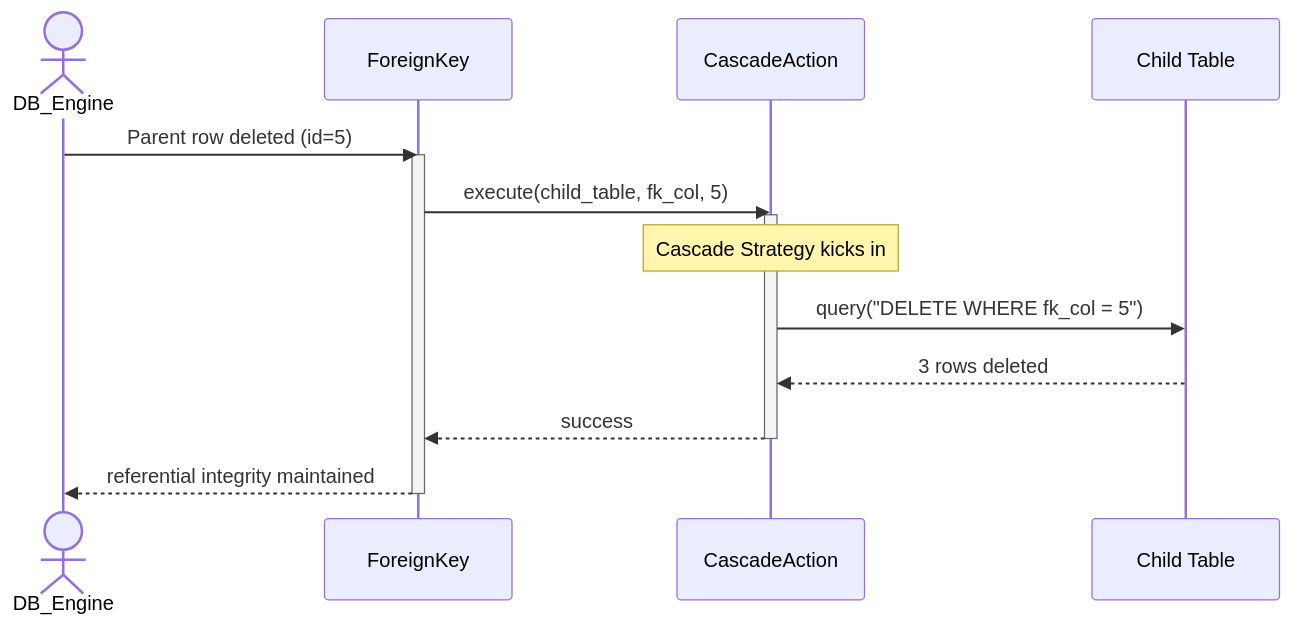
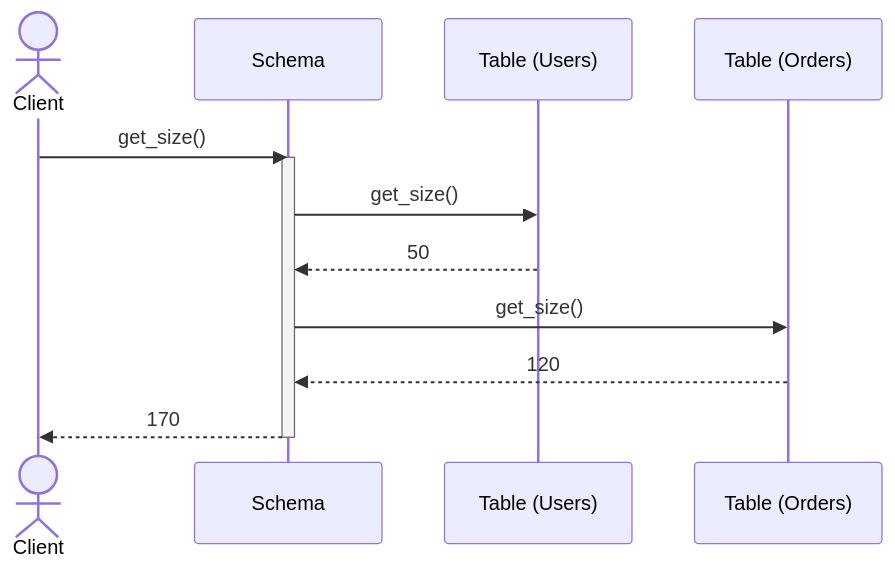
Before and after one commit to TamBui1706/DBMS: diagram 20 of 20 in DPSuggest.md, drawn with Mermaid. The commit also changed other lines of this file, not shown here.

Commit message:
table Design Patterns

````diff
--- a/DPSuggest.md
+++ b/DPSuggest.md
@@ -1244,23 +702,16 @@
 ```mermaid
 sequenceDiagram
-    actor DB_Engine
-    participant FK as ForeignKey
-    participant Strat as CascadeAction
-    participant ChildDB as Child Table
-
-    DB_Engine->>FK: Parent row deleted (id=5)
-    activate FK
+    actor Client
+    participant S as Schema
+    participant T1 as Table (Users)
+    participant T2 as Table (Orders)
     
-    FK->>Strat: execute(child_table, fk_col, 5)
-    activate Strat
-    
-    Note over Strat: Cascade Strategy kicks in
-    Strat->>ChildDB: query("DELETE WHERE fk_col = 5")
-    ChildDB-->>Strat: 3 rows deleted
-    
-    Strat-->>FK: success
-    deactivate Strat
-    
-    FK-->>DB_Engine: referential integrity maintained
-    deactivate FK
+    Client->>S: get_size()
+    activate S
+    S->>T1: get_size()
+    T1-->>S: 50
+    S->>T2: get_size()
+    T2-->>S: 120
+    S-->>Client: 170
+    deactivate S
 ```
````
